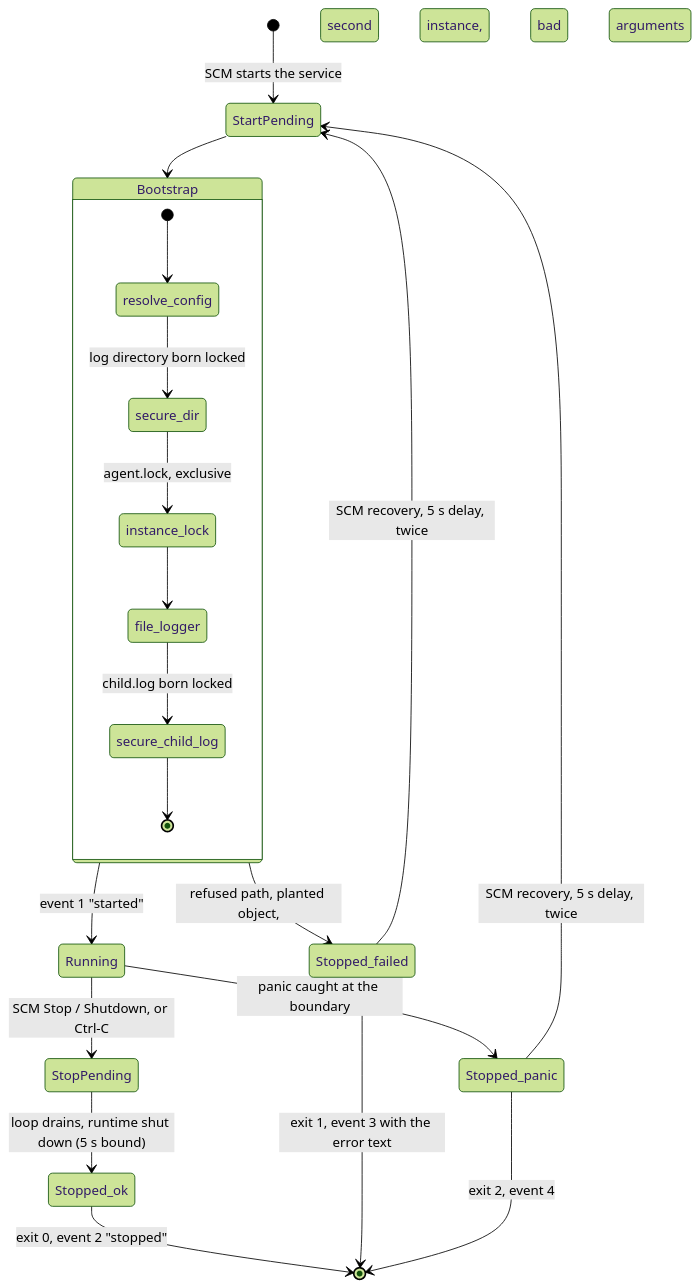
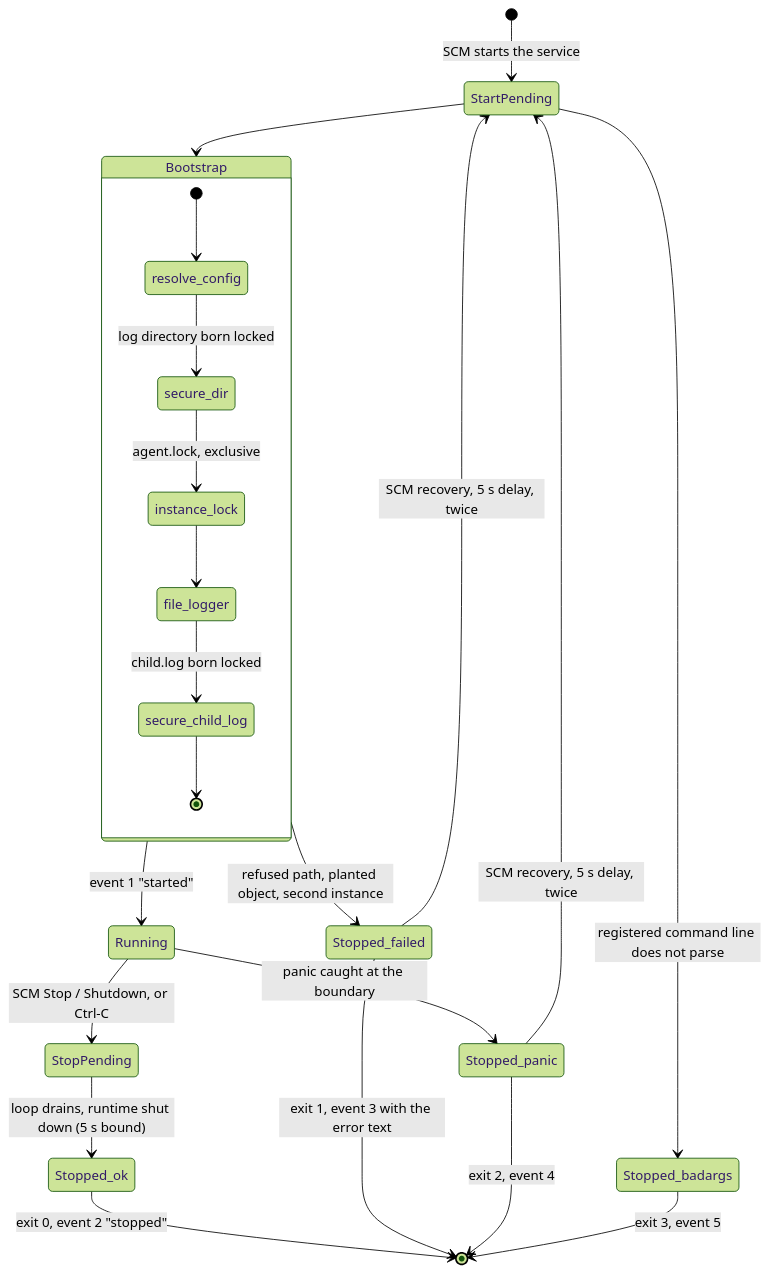
One commit to VictoriousAttitude/flamingo-agent changed the third of 3 diagrams in README.md. Above: the diagram before and after it, drawn with Mermaid (forest theme).

Commit message:
docs: give the unparsable-command-line path its own state in the lifecycle diagram
It exits 3 with event 5 before bootstrap starts, not 1 with event 3.

````diff
--- a/README.md
+++ b/README.md
@@ -98,24 +98,25 @@
 ```mermaid
 stateDiagram-v2
     [*] --> StartPending: SCM starts the service
     StartPending --> Bootstrap
     state Bootstrap {
         [*] --> resolve_config
         resolve_config --> secure_dir: log directory born locked
         secure_dir --> instance_lock: agent.lock, exclusive
         instance_lock --> file_logger
         file_logger --> secure_child_log: child.log born locked
         secure_child_log --> [*]
     }
     Bootstrap --> Running: event 1 "started"
-    Bootstrap --> Stopped_failed: refused path, planted object,
-second instance, bad arguments
+    StartPending --> Stopped_badargs: registered command line does not parse
+    Bootstrap --> Stopped_failed: refused path, planted object, second instance
     Running --> StopPending: SCM Stop / Shutdown, or Ctrl-C
     StopPending --> Stopped_ok: loop drains, runtime shut down (5 s bound)
     Running --> Stopped_panic: panic caught at the boundary
     Stopped_ok --> [*]: exit 0, event 2 "stopped"
     Stopped_failed --> [*]: exit 1, event 3 with the error text
     Stopped_panic --> [*]: exit 2, event 4
+    Stopped_badargs --> [*]: exit 3, event 5
     Stopped_failed --> StartPending: SCM recovery, 5 s delay, twice
     Stopped_panic --> StartPending: SCM recovery, 5 s delay, twice
 ```
````
